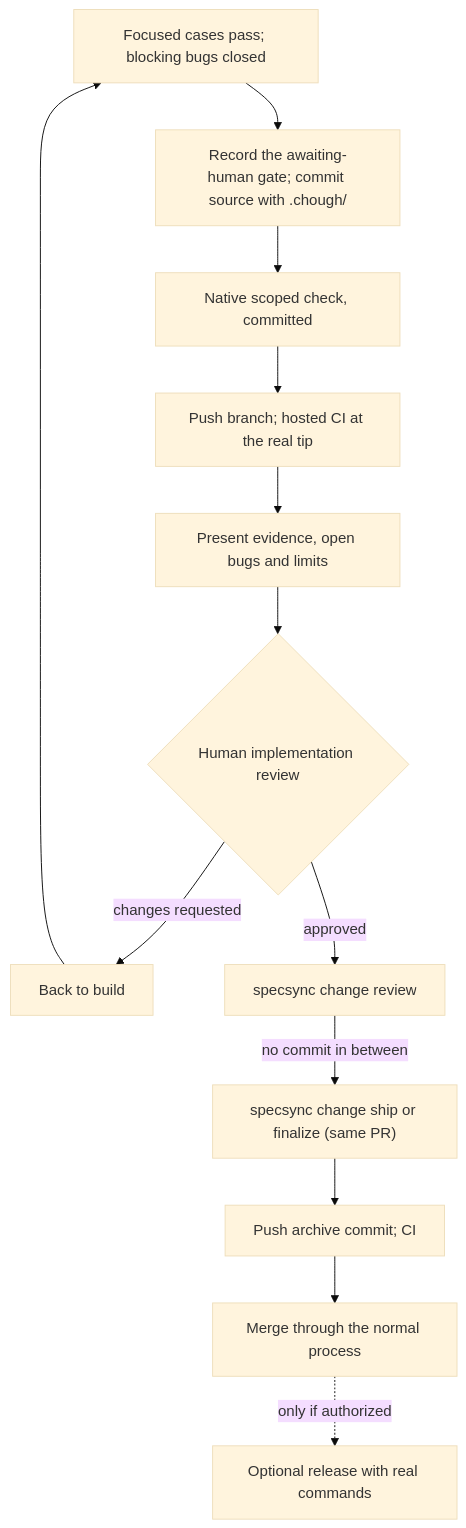
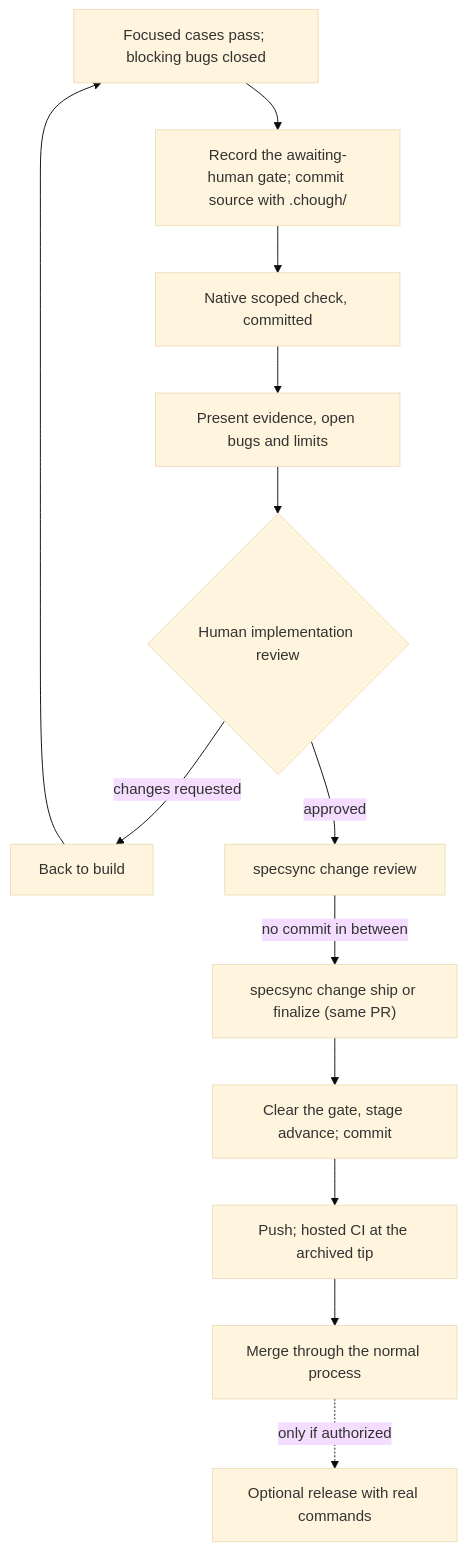
Before and after one commit to CorvidLabs/chough: the diagram in docs/diagrams/lifecycle.mmd, drawn with Mermaid (base theme). The commit also changed 12 other files, not shown here.

```diff
--- a/docs/diagrams/lifecycle.mmd
+++ b/docs/diagrams/lifecycle.mmd
@@ -1,13 +1,13 @@
 flowchart TB
     tests["Focused cases pass; blocking bugs closed"] --> gate["Record the awaiting-human gate; commit source with .chough/"]
     gate --> check["Native scoped check, committed"]
-    check --> push["Push branch; hosted CI at the real tip"]
-    push --> present["Present evidence, open bugs and limits"]
+    check --> present["Present evidence, open bugs and limits"]
     present --> human{"Human implementation review"}
     human -->|"changes requested"| build["Back to build"]
     build --> tests
     human -->|"approved"| review["specsync change review"]
     review -->|"no commit in between"| ship["specsync change ship or finalize (same PR)"]
-    ship --> archive["Push archive commit; CI"]
-    archive --> merge["Merge through the normal process"]
+    ship --> archive["Clear the gate, stage advance; commit"]
+    archive --> push["Push; hosted CI at the archived tip"]
+    push --> merge["Merge through the normal process"]
     merge -. "only if authorized" .-> release["Optional release with real commands"]
```
